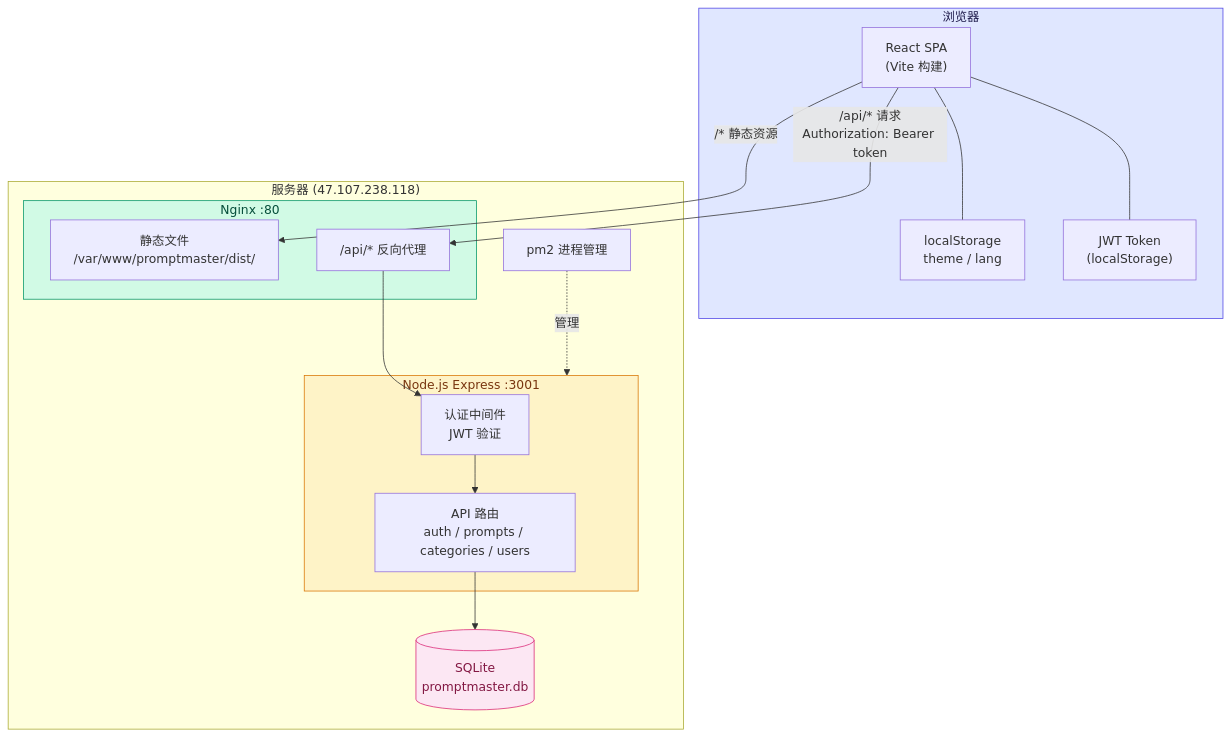
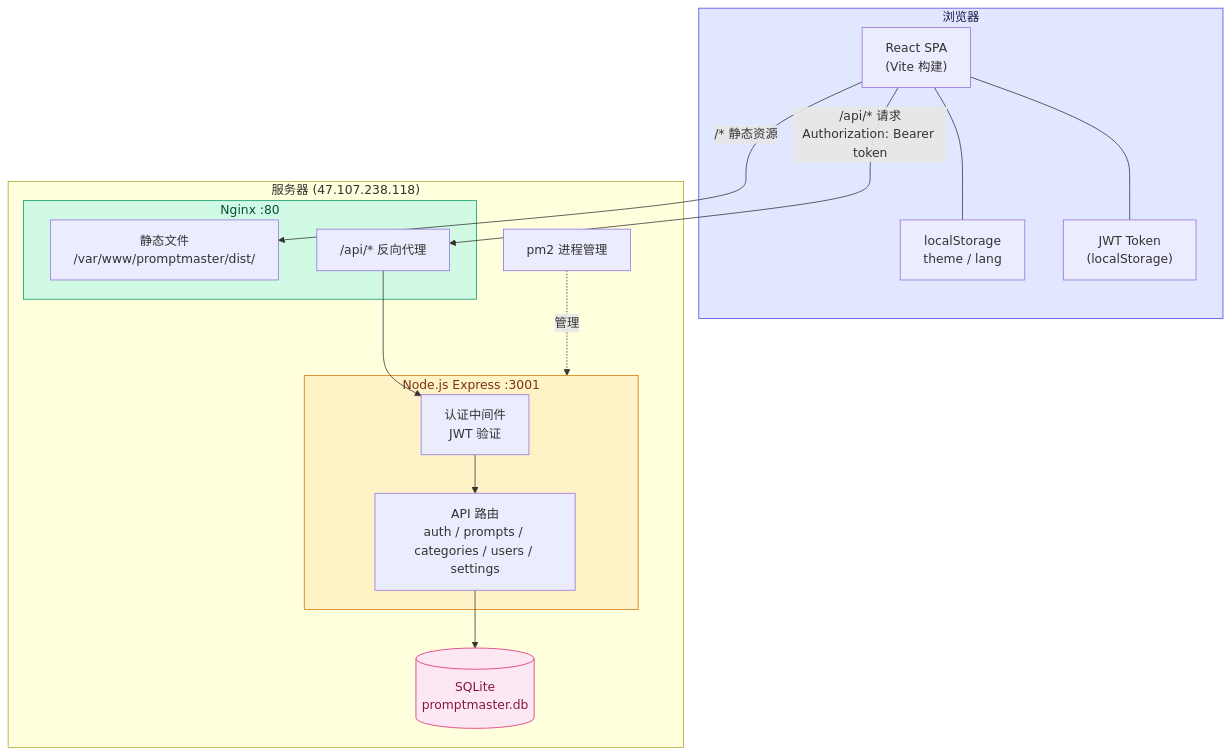
The diagram in README.md (gzf09/PromptMaster), drawn with Mermaid before and after one commit. The commit also changed other lines of this file and 19 other files, not shown here.

````diff
--- a/README.md
+++ b/README.md
@@ -7,35 +9,35 @@
 ```mermaid
 graph TB
     subgraph Client["浏览器"]
         SPA["React SPA<br/>(Vite 构建)"]
         LS["localStorage<br/>theme / lang"]
         JWT["JWT Token<br/>(localStorage)"]
     end
 
     subgraph Server["服务器 (47.107.238.118)"]
         subgraph Nginx["Nginx :80"]
             Static["静态文件<br/>/var/www/promptmaster/dist/"]
             Proxy["/api/* 反向代理"]
         end
         subgraph Node["Node.js Express :3001"]
             Auth["认证中间件<br/>JWT 验证"]
-            Routes["API 路由<br/>auth / prompts / categories / users"]
+            Routes["API 路由<br/>auth / prompts / categories / users / settings"]
         end
         DB[("SQLite<br/>promptmaster.db")]
         PM2["pm2 进程管理"]
     end
 
     SPA -->|"/* 静态资源"| Static
     SPA -->|"/api/* 请求<br/>Authorization: Bearer token"| Proxy
     Proxy --> Auth
     Auth --> Routes
     Routes --> DB
     PM2 -.->|管理| Node
     SPA --- LS
     SPA --- JWT
 
     style Client fill:#e0e7ff,stroke:#4f46e5,color:#1e1b4b
     style Nginx fill:#d1fae5,stroke:#059669,color:#064e3b
     style Node fill:#fef3c7,stroke:#d97706,color:#78350f
     style DB fill:#fce7f3,stroke:#db2777,color:#831843
 ```
````
